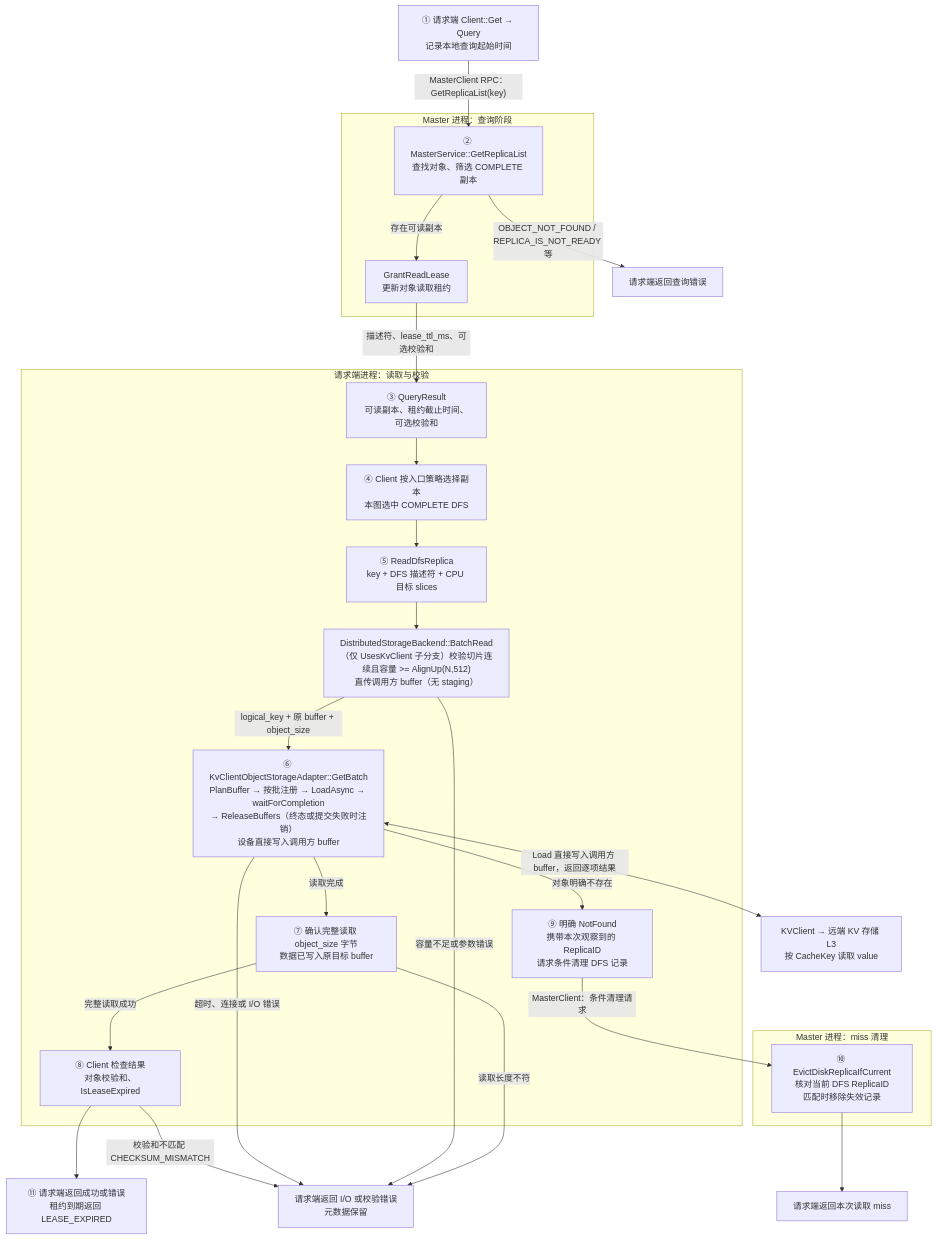
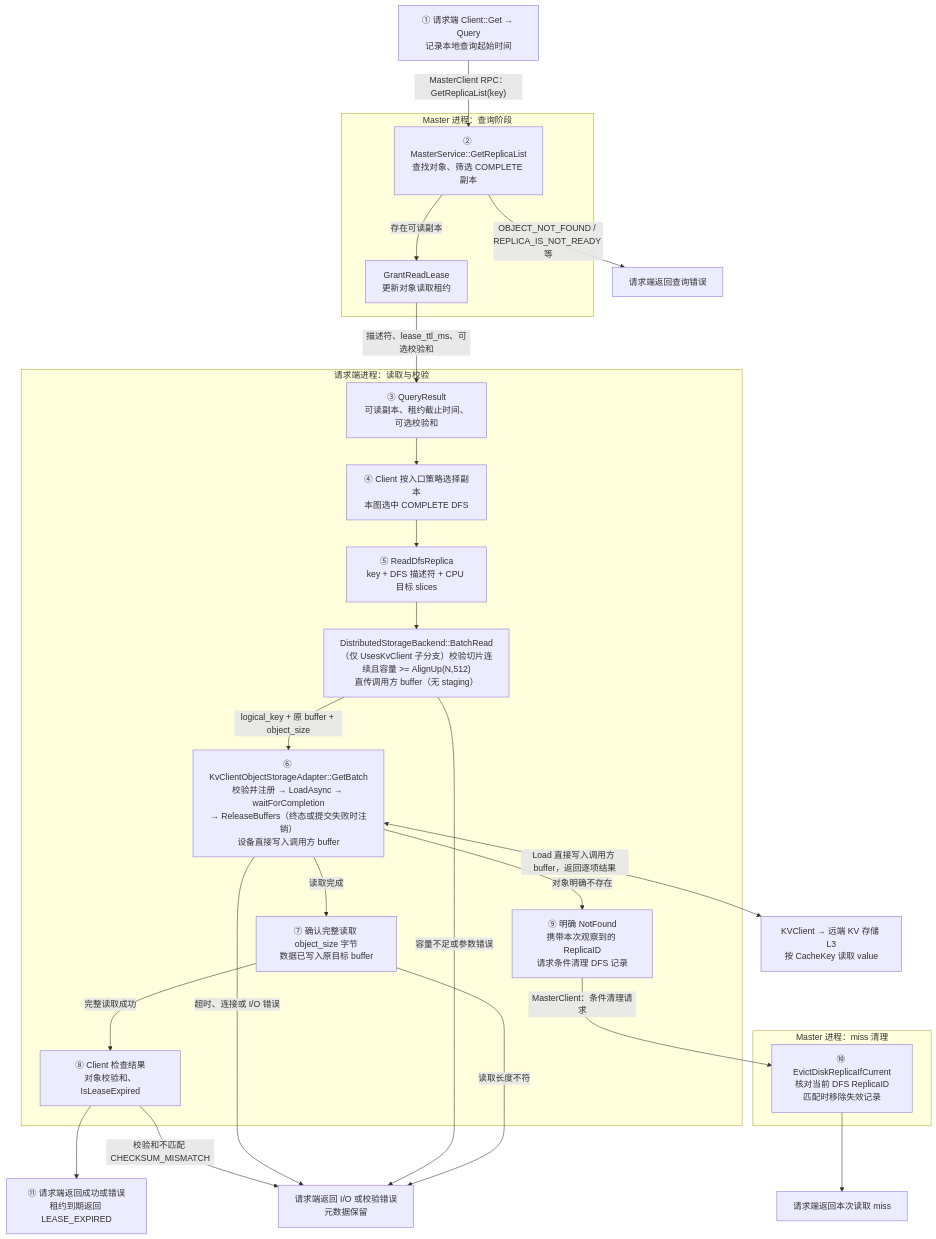
Before and after one commit to zwj20000328-dotcom/Mooncake-documents: the fifth of 13 diagrams in Mooncake + KVClient L3 接入（Kvcs）- v3.md, drawn with Mermaid. The commit also changed other lines of this file, not shown here.

Commit message:
docs: fold buffer validation into RegisterBuffers

````diff
--- a/Mooncake + KVClient L3 接入（Kvcs）- v3.md
+++ b/Mooncake + KVClient L3 接入（Kvcs）- v3.md
@@ -396,52 +395,52 @@
 ```mermaid
 flowchart TB
     Q["① 请求端 Client::Get → Query<br/>记录本地查询起始时间"]
 
     subgraph MasterQuery["Master 进程：查询阶段"]
         GET["② MasterService::GetReplicaList<br/>查找对象、筛选 COMPLETE 副本"]
         LEASE["GrantReadLease<br/>更新对象读取租约"]
 
         GET -->|"存在可读副本"| LEASE
     end
 
     subgraph Request["请求端进程：读取与校验"]
         QR["③ QueryResult<br/>可读副本、租约截止时间、可选校验和"]
         SELECT["④ Client 按入口策略选择副本<br/>本图选中 COMPLETE DFS"]
         READ["⑤ ReadDfsReplica<br/>key + DFS 描述符 + CPU 目标 slices"]
         B["DistributedStorageBackend::BatchRead<br/>（仅 UsesKvClient 子分支）校验切片连续且容量 >= AlignUp(N,512)<br/>直传调用方 buffer（无 staging）"]
-        D["⑥ KvClientObjectStorageAdapter::GetBatch<br/>PlanBuffer → 按批注册 → LoadAsync → waitForCompletion<br/>→ ReleaseBuffers（终态或提交失败时注销）<br/>设备直接写入调用方 buffer"]
+        D["⑥ KvClientObjectStorageAdapter::GetBatch<br/>校验并注册 → LoadAsync → waitForCompletion<br/>→ ReleaseBuffers（终态或提交失败时注销）<br/>设备直接写入调用方 buffer"]
         VERIFY["⑦ 确认完整读取 object_size 字节<br/>数据已写入原目标 buffer"]
         CHECK["⑧ Client 检查结果<br/>对象校验和、IsLeaseExpired"]
         MISS["⑨ 明确 NotFound<br/>携带本次观察到的 ReplicaID<br/>请求条件清理 DFS 记录"]
 
         QR --> SELECT
         SELECT --> READ
         READ --> B
         B -->|"logical_key + 原 buffer + object_size"| D
         D -->|"读取完成"| VERIFY
         D -->|"对象明确不存在"| MISS
         VERIFY -->|"完整读取成功"| CHECK
     end
 
     subgraph MasterCleanup["Master 进程：miss 清理"]
         EVICT["⑩ EvictDiskReplicaIfCurrent<br/>核对当前 DFS ReplicaID<br/>匹配时移除失效记录"]
     end
 
     RETURN["⑪ 请求端返回成功或错误<br/>租约到期返回 LEASE_EXPIRED"]
     ERROR["请求端返回 I/O 或校验错误<br/>元数据保留"]
     QUERY_FAIL["请求端返回查询错误"]
     MISS_RETURN["请求端返回本次读取 miss"]
     S["KVClient → 远端 KV 存储 L3<br/>按 CacheKey 读取 value"]
 
     Q -->|"MasterClient RPC：GetReplicaList(key)"| GET
     GET -->|"OBJECT_NOT_FOUND / REPLICA_IS_NOT_READY 等"| QUERY_FAIL
     LEASE -->|"描述符、lease_ttl_ms、可选校验和"| QR
     D <-->|"Load 直接写入调用方 buffer，返回逐项结果"| S
     MISS -->|"MasterClient：条件清理请求"| EVICT
     EVICT --> MISS_RETURN
     CHECK --> RETURN
     CHECK -->|"校验和不匹配 CHECKSUM_MISMATCH"| ERROR
     D -->|"超时、连接或 I/O 错误"| ERROR
     B -->|"容量不足或参数错误"| ERROR
     VERIFY -->|"读取长度不符"| ERROR
 ```
````
